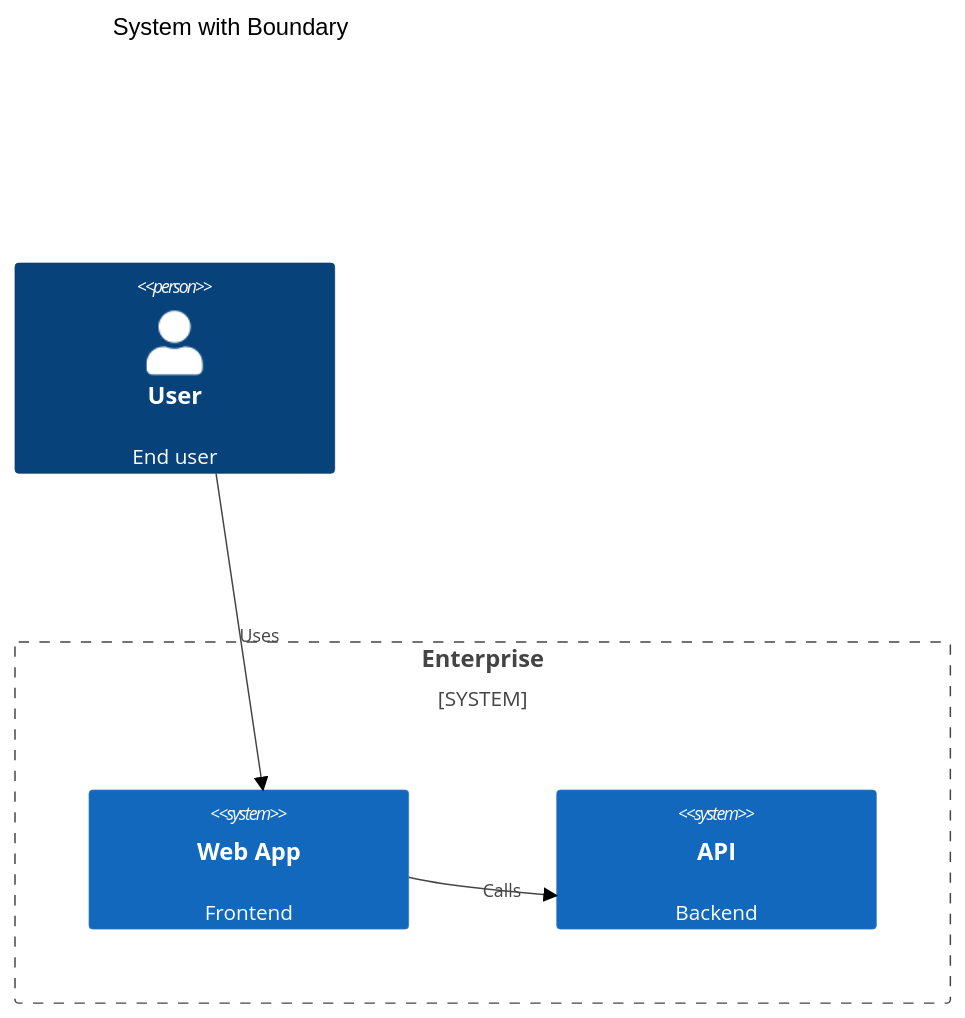
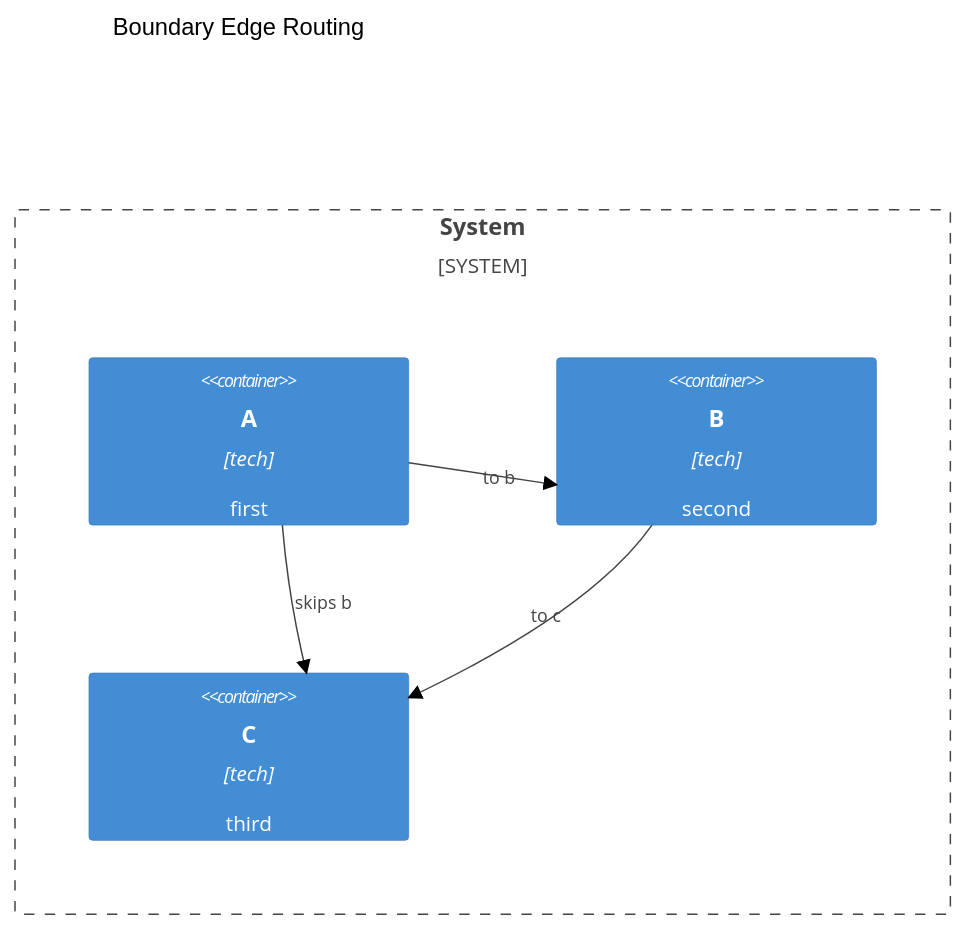
One commit to NaiadDiagrams/Naiad changed diagram 11 of 14 in src/test-renders/C4.md. Above: the diagram before and after it, drawn with Mermaid (neutral theme). The commit also changed other lines of this file and 45 other files, not shown here.

````diff
--- a/src/test-renders/C4.md
+++ b/src/test-renders/C4.md
@@ -286,11 +405,12 @@
 ```mermaid
-C4Context
-    title System with Boundary
-    Person(user, "User", "End user")
-    System_Boundary(boundary, "Enterprise") {
-        System(web, "Web App", "Frontend")
-        System(api, "API", "Backend")
+C4Container
+    title Boundary Edge Routing
+    System_Boundary(b, "System") {
+        Container(a, "A", "tech", "first")
+        Container(mid, "B", "tech", "second")
+        Container(c, "C", "tech", "third")
     }
-    Rel(user, web, "Uses")
-    Rel(web, api, "Calls")
+    Rel(a, mid, "to b")
+    Rel(mid, c, "to c")
+    Rel(a, c, "skips b")
 ```
````
